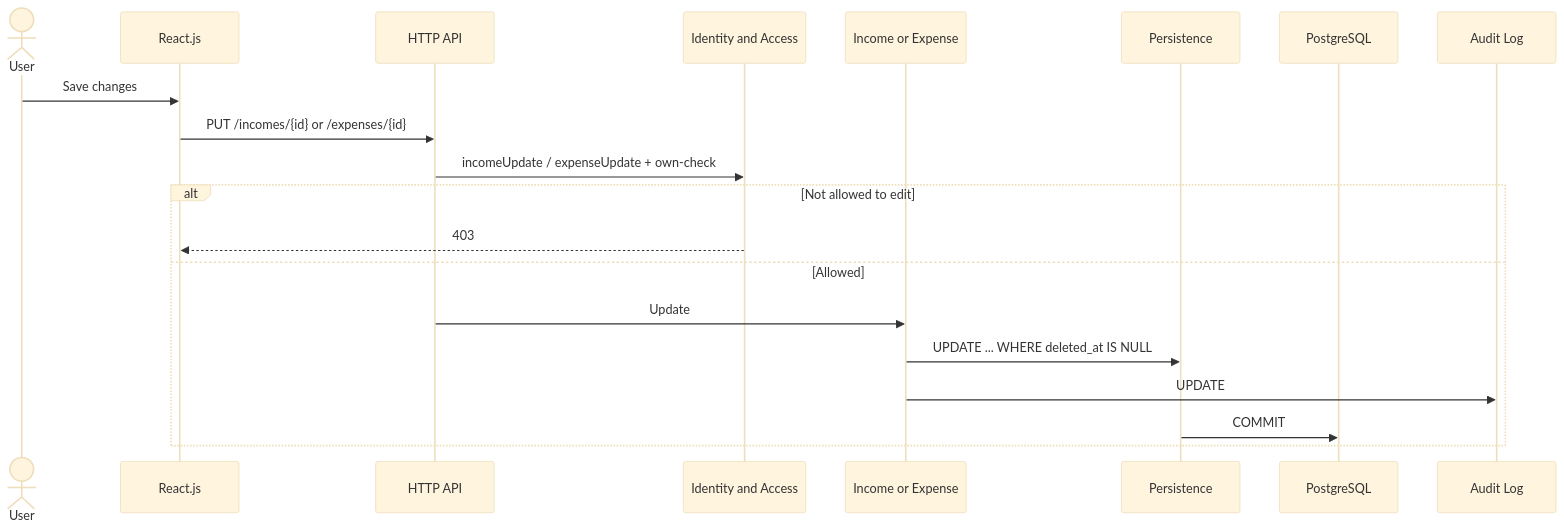
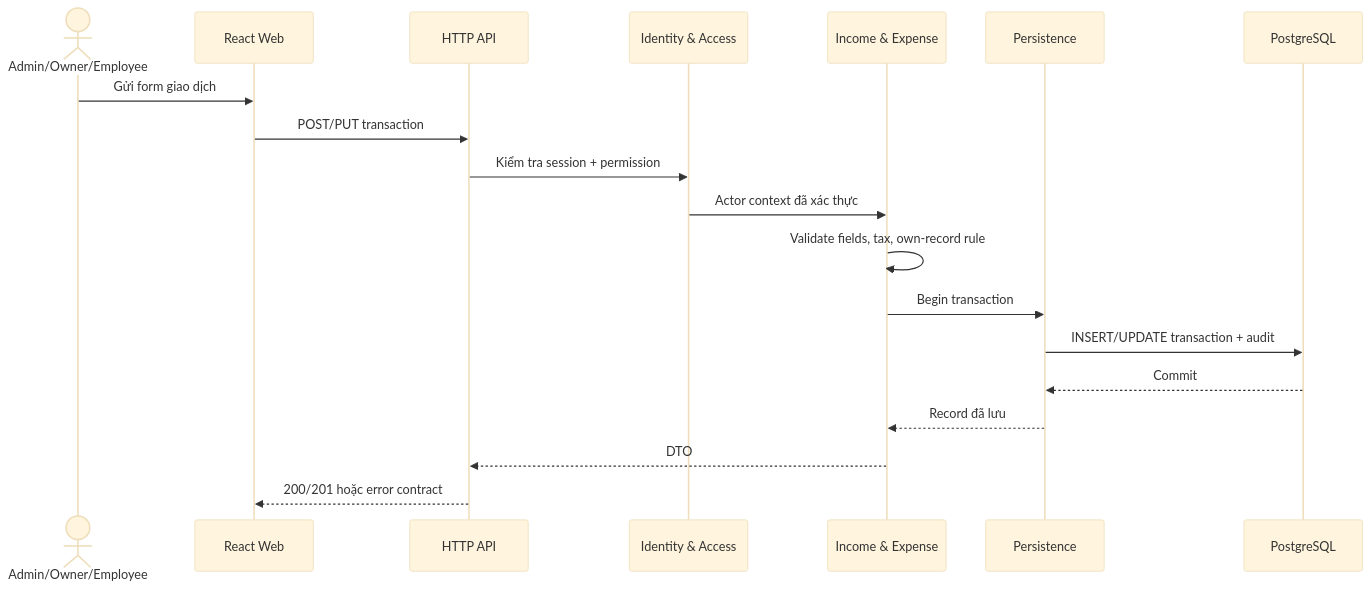
Before and after one commit to PhamHiep948/finance-manager: the second of 4 diagrams in docs/architecture/arc42/06-runtime-view.md, drawn with Mermaid (base theme). The commit also changed other lines of this file and 63 other files, not shown here.

````diff
--- a/docs/architecture/arc42/06-runtime-view.md
+++ b/docs/architecture/arc42/06-runtime-view.md
@@ -80,23 +29,21 @@
 ```mermaid
 sequenceDiagram
-  actor User
-  participant React as React.js
-  participant API as HTTP API
-  participant Id as Identity and Access
-  participant Dom as Income or Expense
-  participant P as Persistence
-  participant DB as PostgreSQL
-  participant Aud as Audit Log
-
-  User->>React: Save changes
-  React->>API: PUT /incomes/{id} or /expenses/{id}
-  API->>Id: incomeUpdate / expenseUpdate + own-check
-  alt Not allowed to edit
-    Id-->>React: 403
-  else Allowed
-    API->>Dom: Update
-    Dom->>P: UPDATE ... WHERE deleted_at IS NULL
-    Dom->>Aud: UPDATE
-    P->>DB: COMMIT
-  end
+    actor U as Admin/Owner/Employee
+    participant W as React Web
+    participant A as HTTP API
+    participant I as Identity & Access
+    participant L as Income & Expense
+    participant R as Persistence
+    participant D as PostgreSQL
+    U->>W: Gửi form giao dịch
+    W->>A: POST/PUT transaction
+    A->>I: Kiểm tra session + permission
+    I->>L: Actor context đã xác thực
+    L->>L: Validate fields, tax, own-record rule
+    L->>R: Begin transaction
+    R->>D: INSERT/UPDATE transaction + audit
+    D-->>R: Commit
+    R-->>L: Record đã lưu
+    L-->>A: DTO
+    A-->>W: 200/201 hoặc error contract
 ```
````
